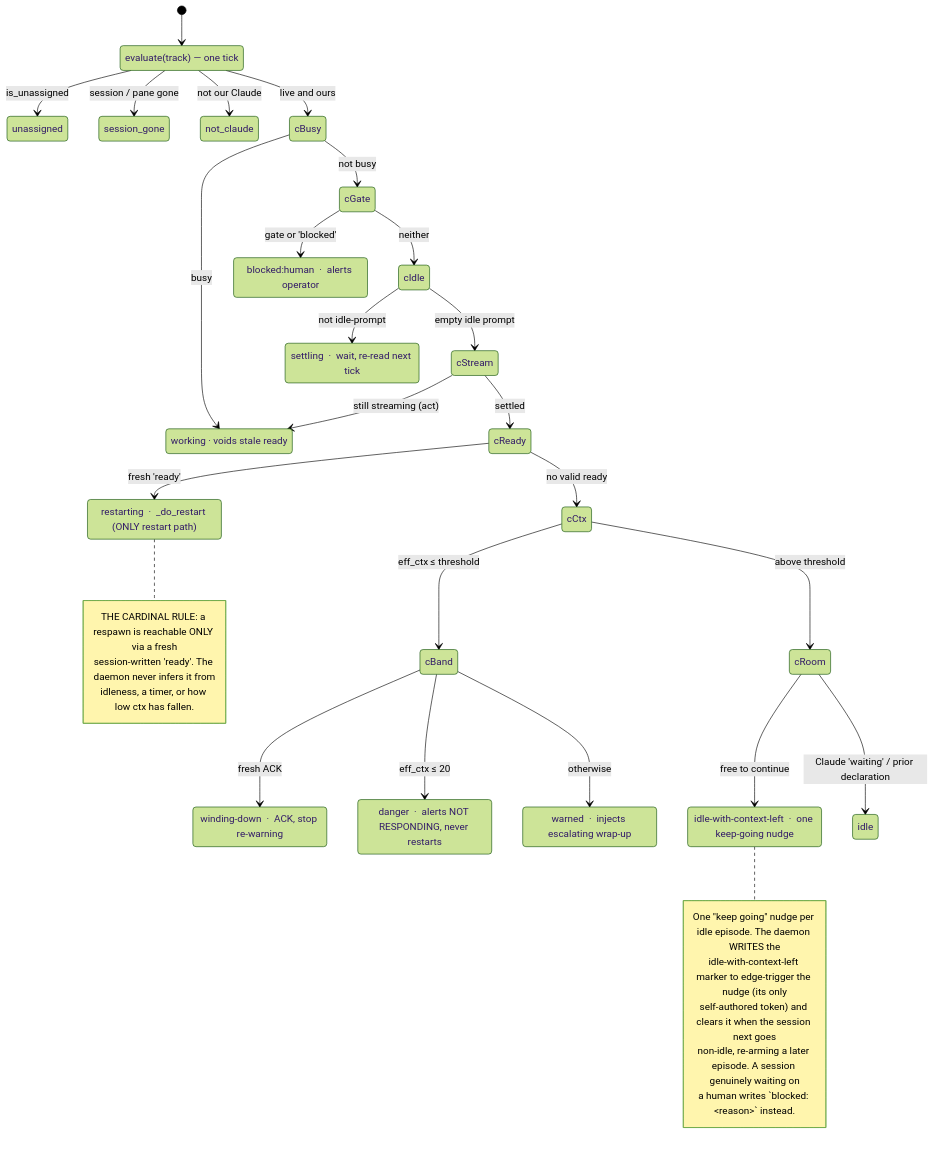
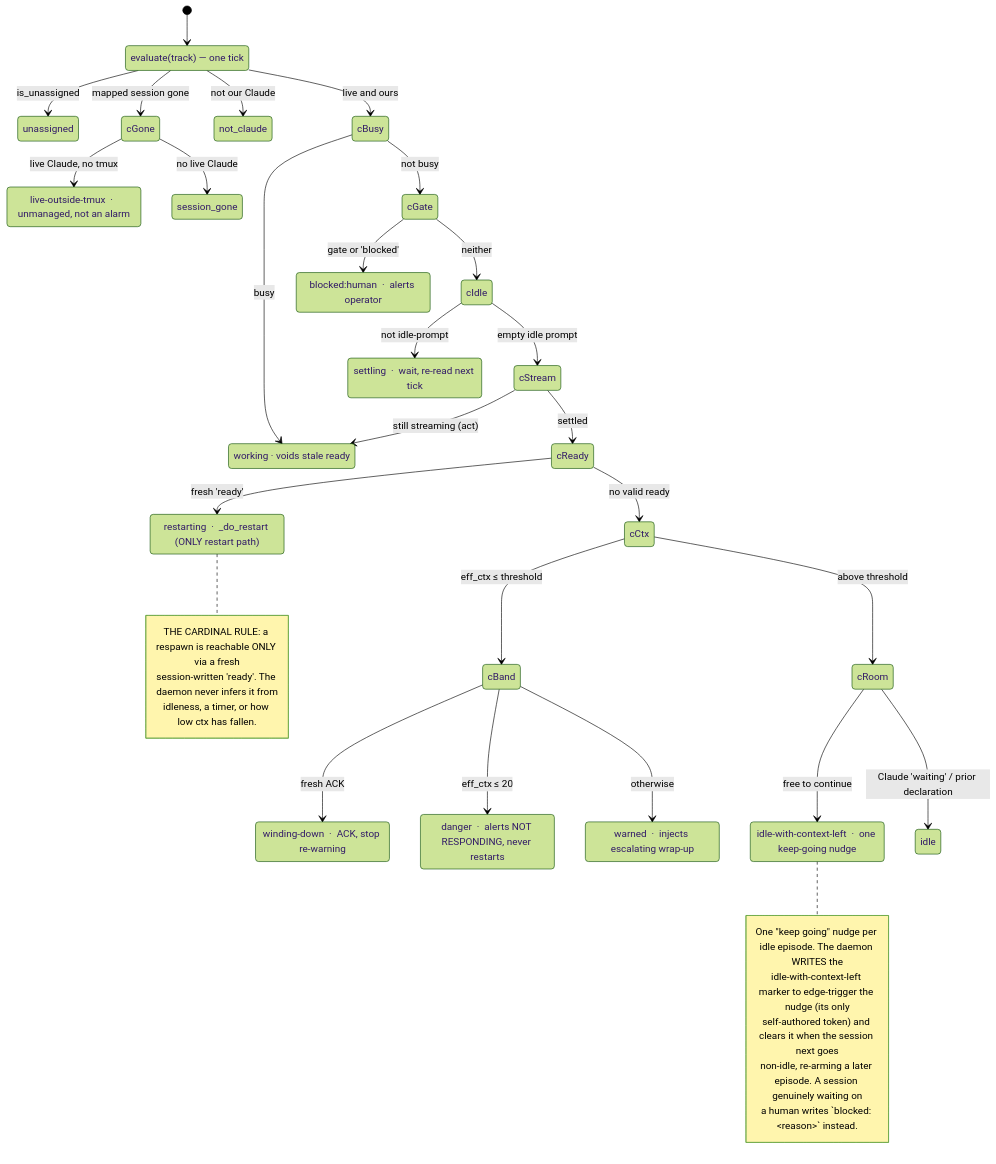
One commit to thewoolleyman/livespec changed the diagram in .claude/skills/overseer/AGENTS.md. Above: the diagram before and after it, drawn with Mermaid (forest theme). The commit also changed other lines of this file and 3 other files, not shown here.

First line of the commit message:
feat(overseer): distinguish a live-outside-tmux session from session-gone

````diff
--- a/.claude/skills/overseer/AGENTS.md
+++ b/.claude/skills/overseer/AGENTS.md
@@ -56,68 +56,73 @@
 ```mermaid
 stateDiagram-v2
     direction TB
 
     [*] --> tick
     state "evaluate(track) — one tick" as tick
 
     tick --> unassigned: is_unassigned
-    tick --> session_gone: session / pane gone
+    tick --> cGone: mapped session gone
     tick --> not_claude: not our Claude
     tick --> cBusy: live and ours
+
+    state cGone <<choice>>
+    cGone --> live_outside_tmux: live Claude, no tmux
+    cGone --> session_gone: no live Claude
 
     state cBusy <<choice>>
     cBusy --> working: busy
     cBusy --> cGate: not busy
 
     state cGate <<choice>>
     cGate --> blocked_human: gate or 'blocked'
     cGate --> cIdle: neither
 
     state cIdle <<choice>>
     cIdle --> settling: not idle-prompt
     cIdle --> cStream: empty idle prompt
 
     state cStream <<choice>>
     cStream --> working: still streaming (act)
     cStream --> cReady: settled
 
     state cReady <<choice>>
     cReady --> restarting: fresh 'ready'
     cReady --> cCtx: no valid ready
 
     state cCtx <<choice>>
     cCtx --> cBand: eff_ctx ≤ threshold
     cCtx --> cRoom: above threshold
 
     state cRoom <<choice>>
     cRoom --> idle_ctx_left: free to continue
     cRoom --> idle: Claude 'waiting' / prior declaration
 
     state cBand <<choice>>
     cBand --> winding_down: fresh ACK
     cBand --> danger: eff_ctx ≤ 20
     cBand --> warned: otherwise
 
     working: working  ·  voids stale ready
     blocked_human: blocked:human  ·  alerts operator
     settling: settling  ·  wait, re-read next tick
     restarting: restarting  ·  _do_restart (ONLY restart path)
     warned: warned  ·  injects escalating wrap-up
     danger: danger  ·  alerts NOT RESPONDING, never restarts
     winding_down: winding-down  ·  ACK, stop re-warning
     idle_ctx_left: idle-with-context-left  ·  one keep-going nudge
+    live_outside_tmux: live-outside-tmux  ·  unmanaged, not an alarm
 
     note right of idle_ctx_left
       One "keep going" nudge per idle episode. The daemon WRITES the
       idle-with-context-left marker to edge-trigger the nudge (its only
       self-authored token) and clears it when the session next goes
       non-idle, re-arming a later episode. A session genuinely waiting on
       a human writes `blocked: &lt;reason&gt;` instead.
     end note
 
     note right of restarting
       THE CARDINAL RULE: a respawn is reachable ONLY via a fresh
       session-written 'ready'. The daemon never infers it from
       idleness, a timer, or how low ctx has fallen.
     end note
 ```
````
